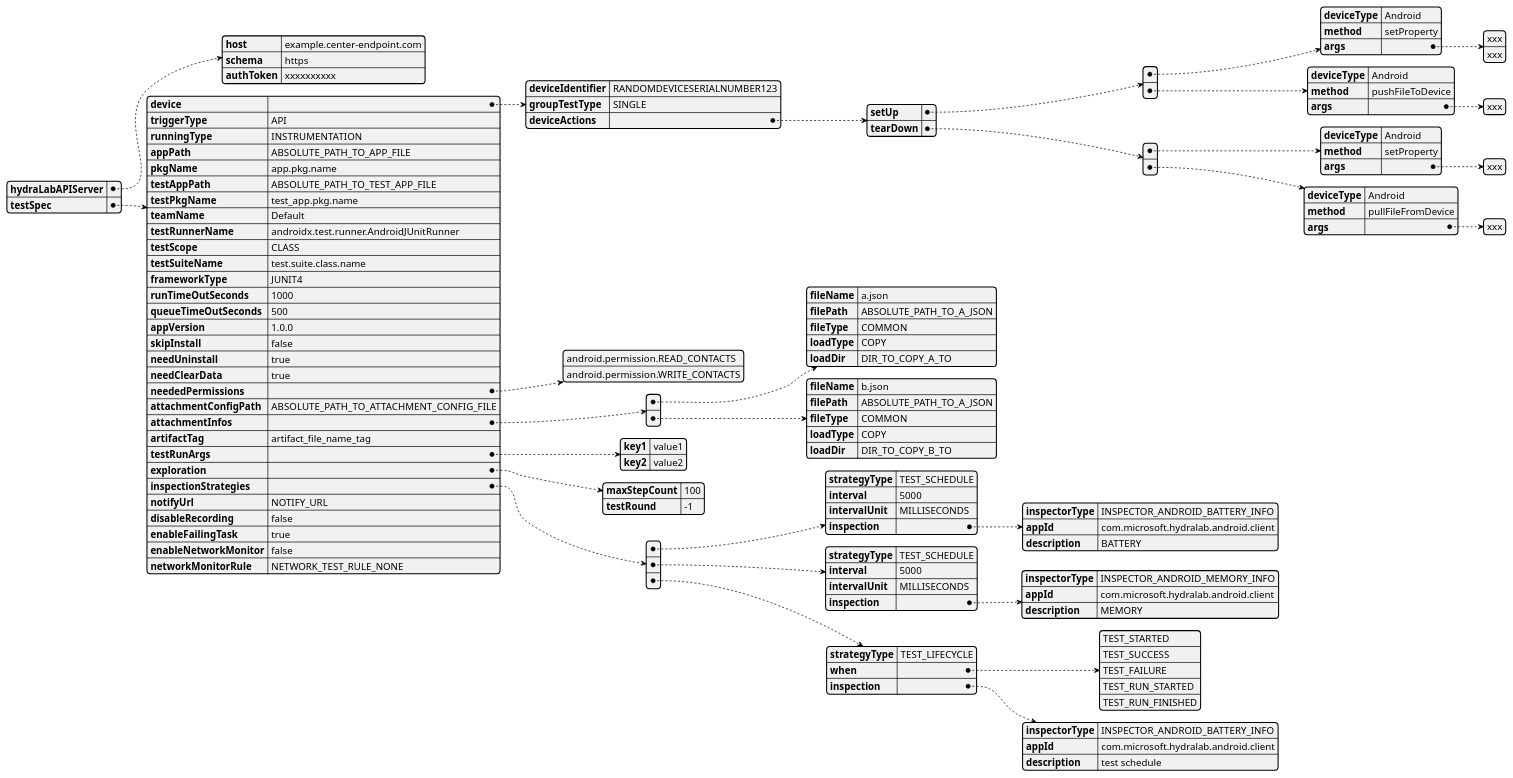
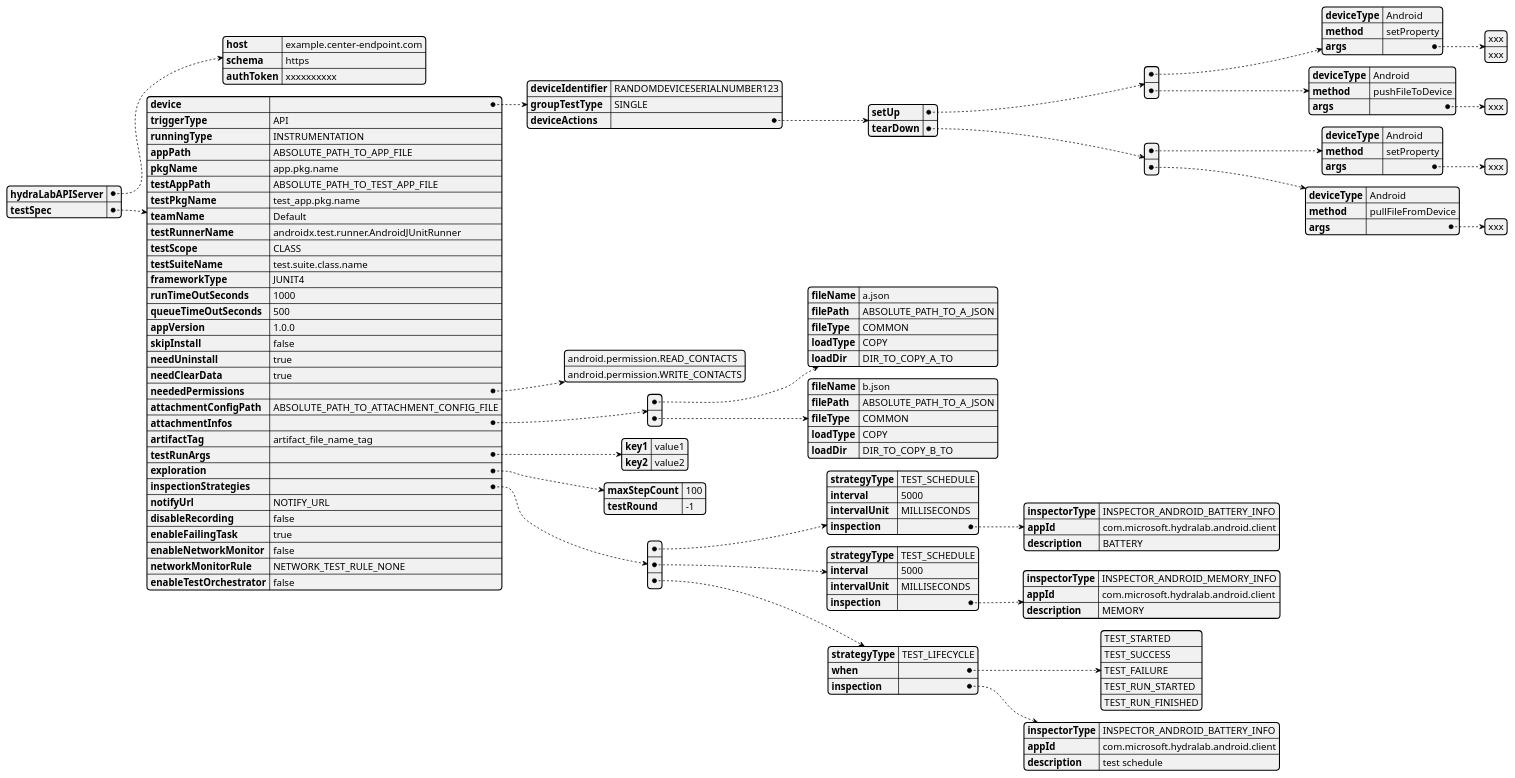
The diagram in gradle_plugin/doc/UML/gradle_plugin_yaml_config_design.puml (microsoft/HydraLab), drawn with PlantUML before and after one commit. The commit also changed 6 other files, not shown here.

Commit message:
Add enableTestOrchestrator to Gradle plugin

```diff
--- a/gradle_plugin/doc/UML/gradle_plugin_yaml_config_design.puml
+++ b/gradle_plugin/doc/UML/gradle_plugin_yaml_config_design.puml
@@ -1,101 +1,102 @@
 @startyaml
 hydraLabAPIServer:
     host: example.center-endpoint.com
     schema: https
     authToken: xxxxxxxxxx
 testSpec:
     device:
         deviceIdentifier: RANDOMDEVICESERIALNUMBER123
         groupTestType: SINGLE
         deviceActions:
             setUp:
             - deviceType: Android
               method: setProperty
               args:
                 - xxx
                 - xxx
             - deviceType: Android
               method: pushFileToDevice
               args:
                 - xxx
             tearDown:
             - deviceType: Android
               method: setProperty
               args:
               - xxx
             - deviceType: Android
               method: pullFileFromDevice
               args:
               - xxx
     triggerType: API
     runningType: INSTRUMENTATION
     appPath: ABSOLUTE_PATH_TO_APP_FILE
     pkgName: app.pkg.name
     testAppPath: ABSOLUTE_PATH_TO_TEST_APP_FILE
     testPkgName: test_app.pkg.name
     teamName: Default
     testRunnerName: androidx.test.runner.AndroidJUnitRunner
     testScope: CLASS
     testSuiteName: test.suite.class.name
     frameworkType: JUNIT4
     runTimeOutSeconds: 1000
     queueTimeOutSeconds: 500
     appVersion: 1.0.0
     skipInstall: false
     needUninstall: true
     needClearData: true
     neededPermissions:
         - android.permission.READ_CONTACTS
         - android.permission.WRITE_CONTACTS
     attachmentConfigPath: ABSOLUTE_PATH_TO_ATTACHMENT_CONFIG_FILE
     attachmentInfos:
     - fileName: a.json
       filePath: ABSOLUTE_PATH_TO_A_JSON
       fileType: COMMON
       loadType: COPY
       loadDir: DIR_TO_COPY_A_TO
     - fileName: b.json
       filePath: ABSOLUTE_PATH_TO_A_JSON
       fileType: COMMON
       loadType: COPY
       loadDir: DIR_TO_COPY_B_TO
     artifactTag: artifact_file_name_tag
     testRunArgs:
         key1: value1
         key2: value2
     exploration:
         maxStepCount: 100
         testRound: -1
     inspectionStrategies:
     - strategyType: TEST_SCHEDULE
       interval: 5000
       intervalUnit: MILLISECONDS
       inspection:
         inspectorType: INSPECTOR_ANDROID_BATTERY_INFO
         appId: com.microsoft.hydralab.android.client
         description: BATTERY
     - strategyType: TEST_SCHEDULE
       interval: 5000
       intervalUnit: MILLISECONDS
       inspection:
         inspectorType: INSPECTOR_ANDROID_MEMORY_INFO
         appId: com.microsoft.hydralab.android.client
         description: MEMORY
     - strategyType: TEST_LIFECYCLE
       when:
         - TEST_STARTED
         - TEST_SUCCESS
         - TEST_FAILURE
         - TEST_RUN_STARTED
         - TEST_RUN_FINISHED
       inspection:
         inspectorType: INSPECTOR_ANDROID_BATTERY_INFO
         appId: com.microsoft.hydralab.android.client
         description: test schedule
     notifyUrl: NOTIFY_URL
     disableRecording: false
     enableFailingTask: true
     enableNetworkMonitor: false
     networkMonitorRule: NETWORK_TEST_RULE_NONE
+    enableTestOrchestrator: false
 
 @endyaml
```
